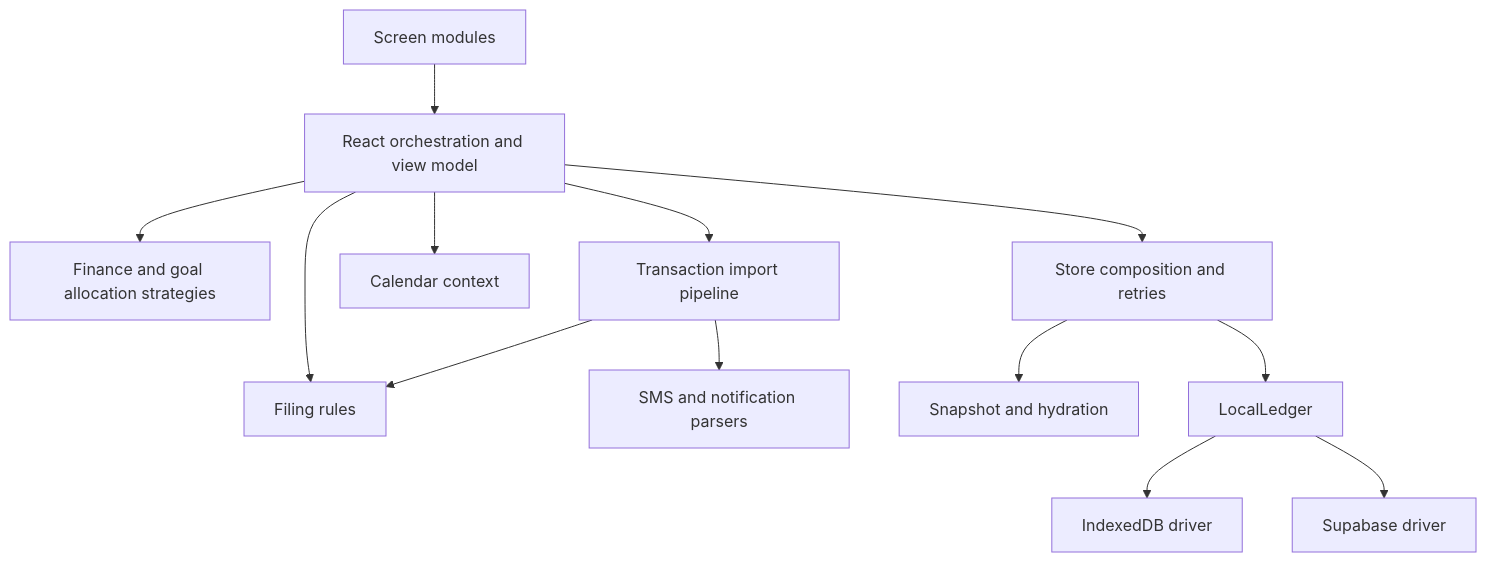
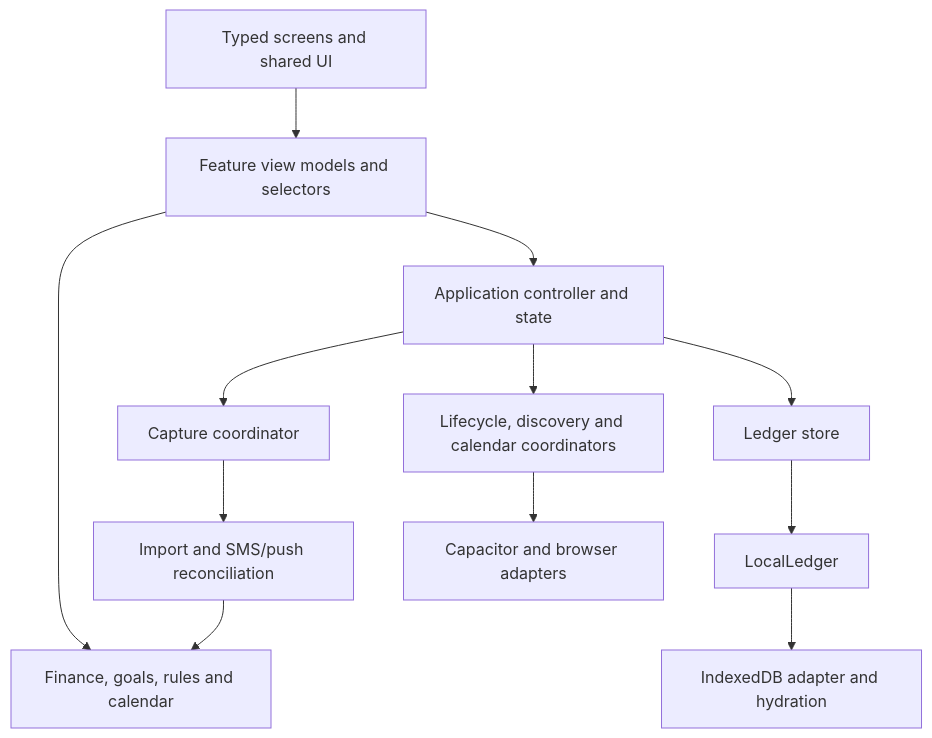
One commit to georgeMaharjan/Thaili changed the diagram in docs/ARCHITECTURE.md. Above: the diagram before and after it, drawn with Mermaid. The commit also changed other lines of this file and 2 other files, not shown here.

Commit message:
docs: refresh architecture and capture support docs

````diff
--- a/docs/ARCHITECTURE.md
+++ b/docs/ARCHITECTURE.md
@@ -9,15 +7,14 @@
 ```mermaid
 flowchart TD
-    Screens[Screen modules] --> Logic[React orchestration and view model]
-    Logic --> Finance[Finance and goal allocation strategies]
-    Logic --> Import[Transaction import pipeline]
-    Logic --> Rules[Filing rules]
-    Logic --> Calendar[Calendar context]
-    Import --> Rules
-    Import --> Parsers[SMS and notification parsers]
-    Logic --> Store[Store composition and retries]
-    Store --> Pouch[Snapshot and hydration]
+    Screens[Typed screens and shared UI] --> Features[Feature view models and selectors]
+    Features --> Controller[Application controller and state]
+    Features --> Domain[Finance, goals, rules and calendar]
+    Controller --> Capture[Capture coordinator]
+    Controller --> Lifecycle[Lifecycle, discovery and calendar coordinators]
+    Controller --> Store[Ledger store]
+    Capture --> Import[Import and SMS/push reconciliation]
+    Import --> Domain
     Store --> Ledger[LocalLedger]
-    Ledger --> Local[IndexedDB driver]
-    Ledger --> Cloud[Supabase driver]
+    Ledger --> Local[IndexedDB adapter and hydration]
+    Lifecycle --> Device[Capacitor and browser adapters]
 ```
````
